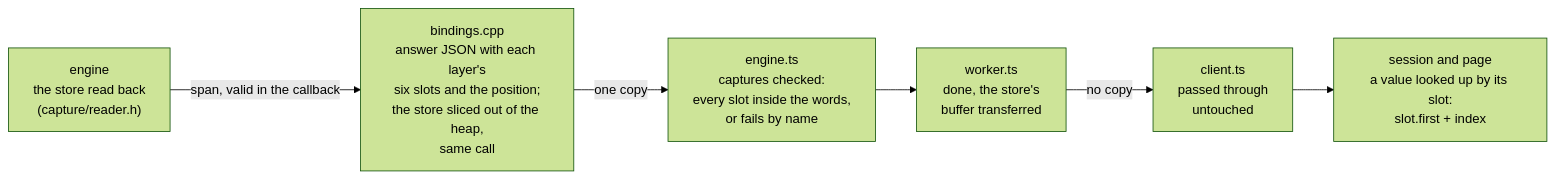
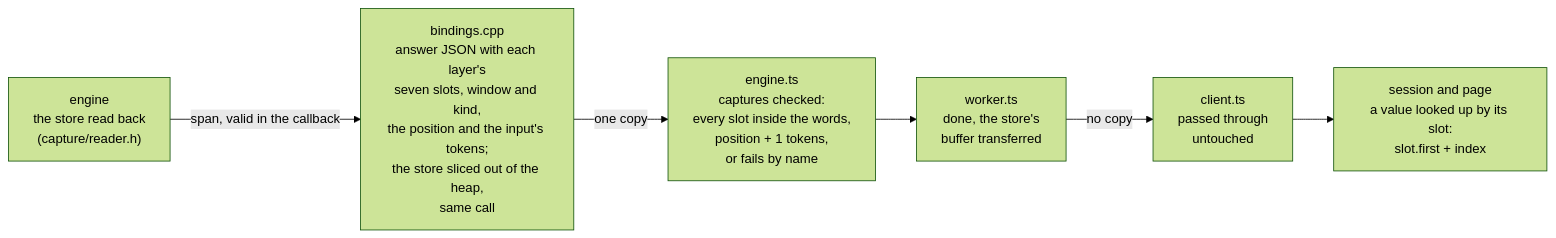
Before and after one commit to plainsight-systems/frizzle: the sixth of 7 diagrams in docs/architecture/logical-overview.md, drawn with Mermaid (forest theme). The commit also changed other lines of this file and 18 other files, not shown here.

First line of the commit message:
Send Q, each layer's attention kind and the prompt's tokens to the page

````diff
--- a/docs/architecture/logical-overview.md
+++ b/docs/architecture/logical-overview.md
@@ -238,10 +244,10 @@
 ```mermaid
 flowchart LR
   S["engine<br/>the store read back<br/>(capture/reader.h)"]
-  B["bindings.cpp<br/>answer JSON with each layer's<br/>six slots and the position;<br/>the store sliced out of the heap,<br/>same call"]
-  E["engine.ts<br/>captures checked:<br/>every slot inside the words,<br/>or fails by name"]
+  B["bindings.cpp<br/>answer JSON with each layer's<br/>seven slots, window and kind,<br/>the position and the input's tokens;<br/>the store sliced out of the heap,<br/>same call"]
+  E["engine.ts<br/>captures checked:<br/>every slot inside the words,<br/>position + 1 tokens,<br/>or fails by name"]
   W["worker.ts<br/>done, the store's<br/>buffer transferred"]
   C["client.ts<br/>passed through<br/>untouched"]
   P["session and page<br/>a value looked up by its slot:<br/>slot.first + index"]
   S -->|"span, valid in the callback"| B -->|"one copy"| E --> W -->|"no copy"| C --> P
 ```
````
